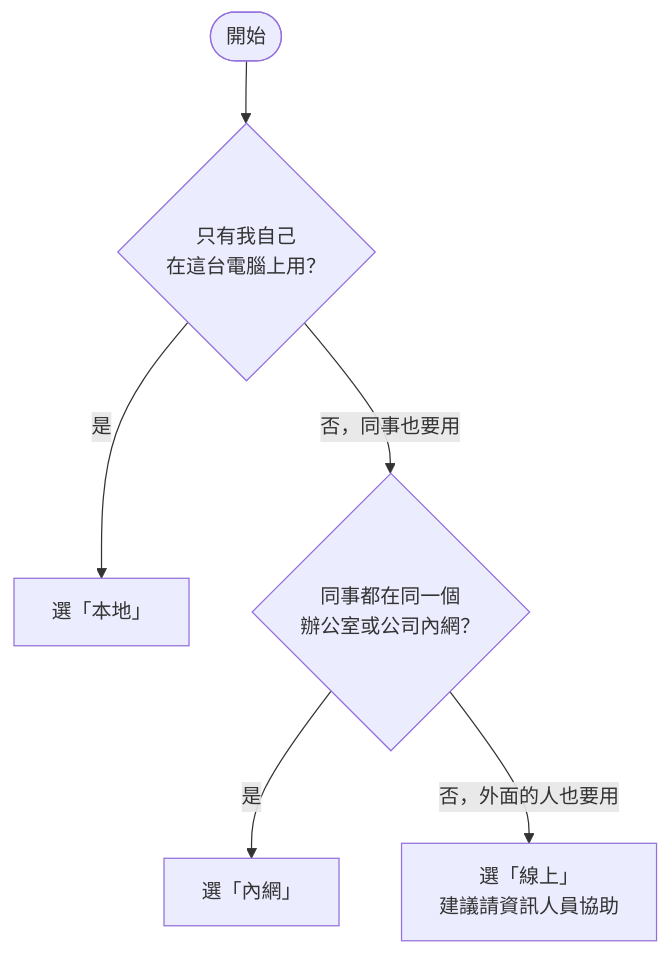
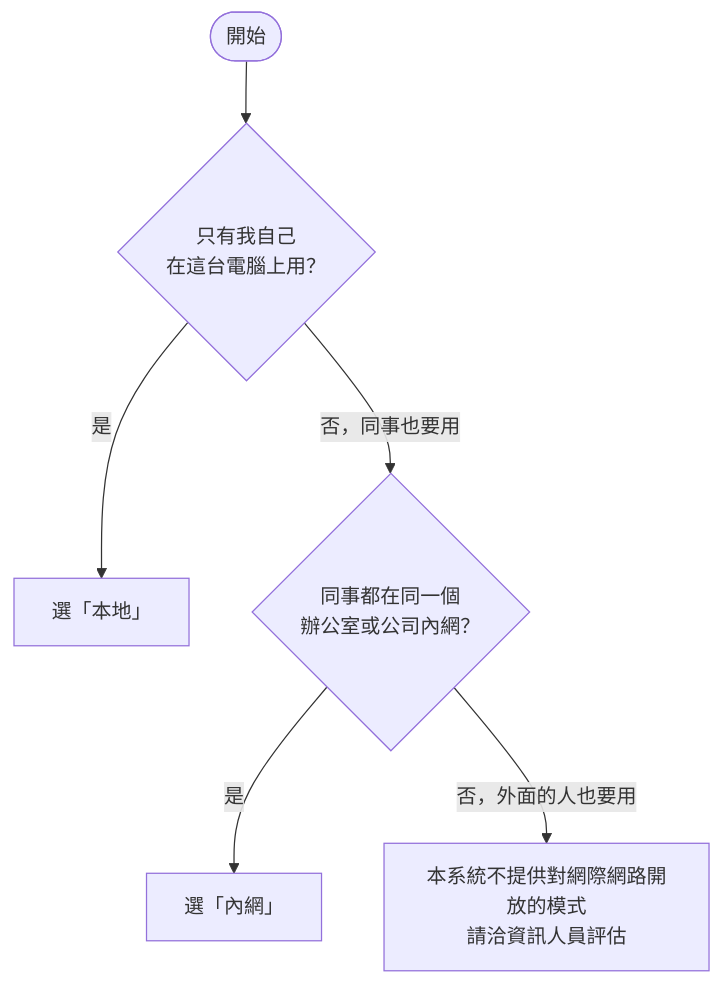
Before and after one commit to ttcdog115016/Demo: the diagram in doc_site/content/docs/quickstart/index.md, drawn with Mermaid. The commit also changed other lines of this file and 23 other files, not shown here.

````diff
--- a/doc_site/content/docs/quickstart/index.md
+++ b/doc_site/content/docs/quickstart/index.md
@@ -23,8 +23,8 @@
 ```mermaid
 flowchart TD
     A([開始]) --> B{只有我自己<br/>在這台電腦上用？}
     B -- 是 --> L[選「本地」]
     B -- 否，同事也要用 --> C{同事都在同一個<br/>辦公室或公司內網？}
     C -- 是 --> N[選「內網」]
-    C -- 否，外面的人也要用 --> O[選「線上」<br/>建議請資訊人員協助]
+    C -- 否，外面的人也要用 --> O[本系統不提供對網際網路開放的模式<br/>請洽資訊人員評估]
 ```
````
